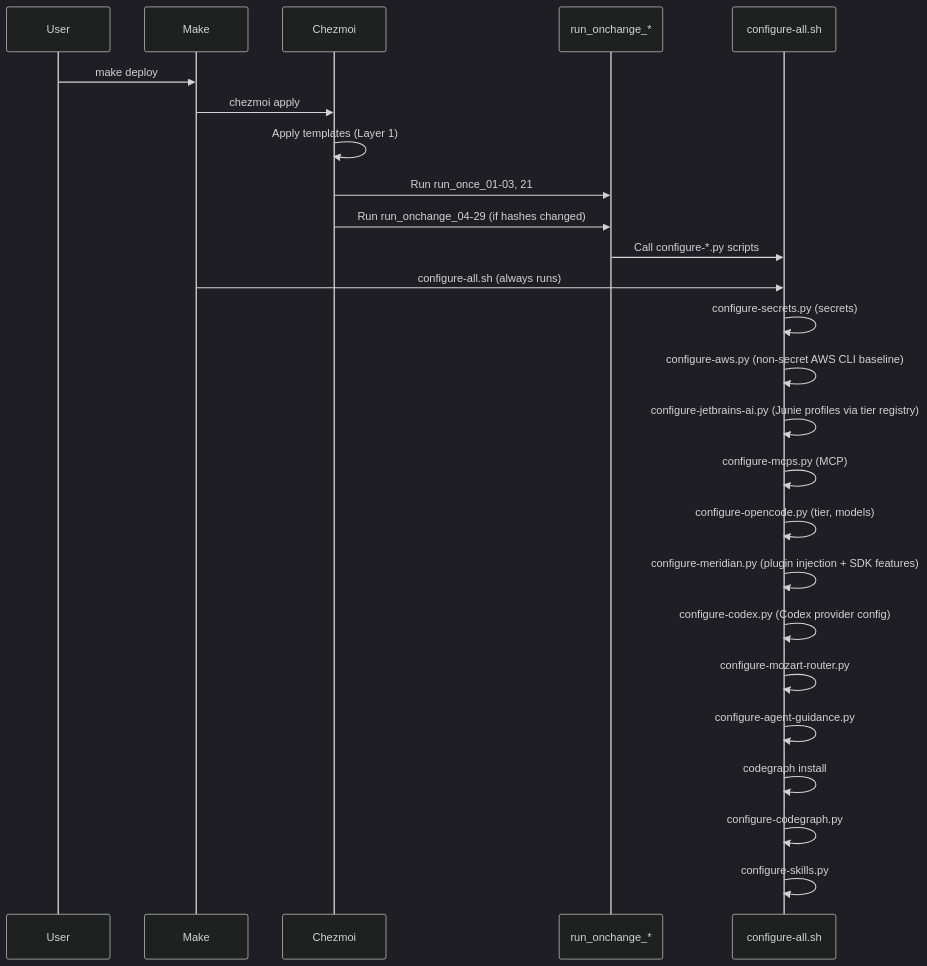
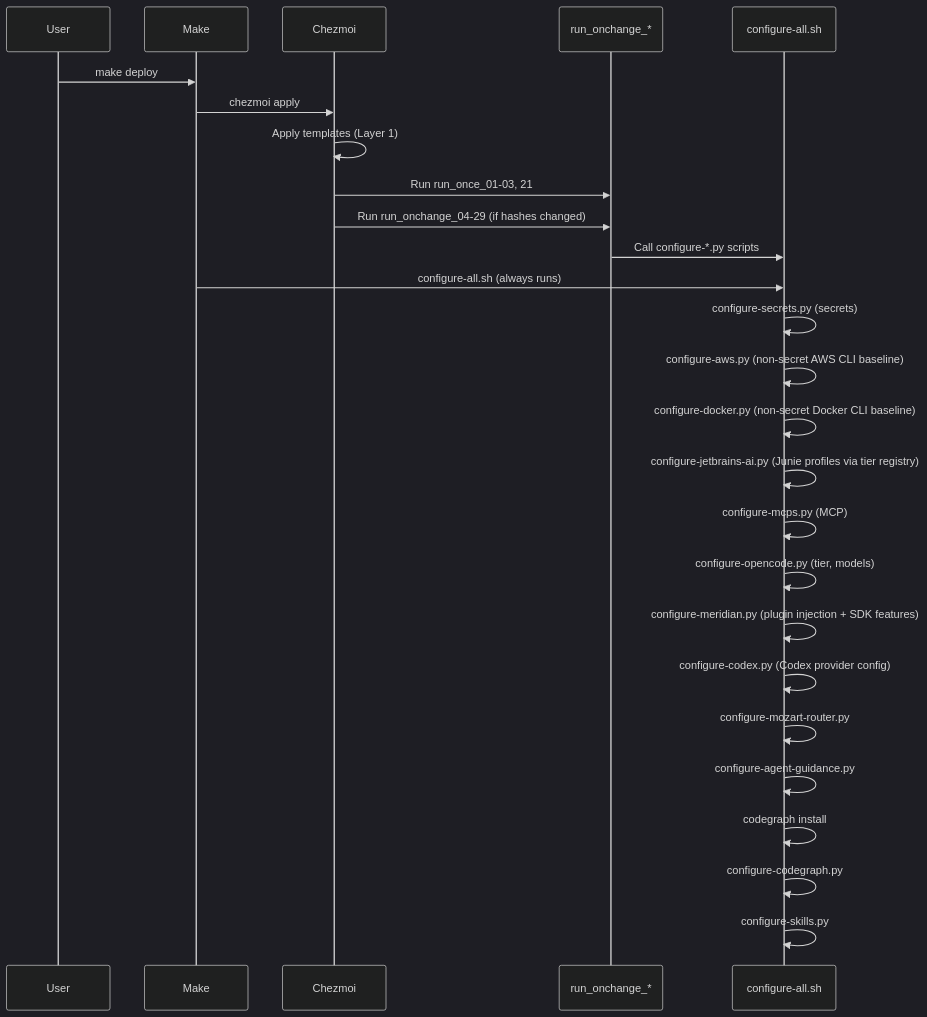
One commit to randytarampi/dotfiles changed the second of 3 diagrams in docs/ORCHESTRATION.md. Above: the diagram before and after it, drawn with Mermaid (dark theme). The commit also changed other lines of this file and 3 other files, not shown here.

````diff
--- a/docs/ORCHESTRATION.md
+++ b/docs/ORCHESTRATION.md
@@ -79,28 +79,29 @@
 ```mermaid
 sequenceDiagram
     participant User
     participant Make
     participant Chezmoi
     participant Scripts as run_onchange_*
     participant Configure as configure-all.sh
 
     User->>Make: make deploy
     Make->>Chezmoi: chezmoi apply
     Chezmoi->>Chezmoi: Apply templates (Layer 1)
     Chezmoi->>Scripts: Run run_once_01-03, 21
     Chezmoi->>Scripts: Run run_onchange_04-29 (if hashes changed)
     Scripts->>Configure: Call configure-*.py scripts
     Make->>Configure: configure-all.sh (always runs)
     Configure->>Configure: configure-secrets.py (secrets)
     Configure->>Configure: configure-aws.py (non-secret AWS CLI baseline)
+    Configure->>Configure: configure-docker.py (non-secret Docker CLI baseline)
     Configure->>Configure: configure-jetbrains-ai.py (Junie profiles via tier registry)
     Configure->>Configure: configure-mcps.py (MCP)
     Configure->>Configure: configure-opencode.py (tier, models)
     Configure->>Configure: configure-meridian.py (plugin injection + SDK features)
     Configure->>Configure: configure-codex.py (Codex provider config)
     Configure->>Configure: configure-mozart-router.py
     Configure->>Configure: configure-agent-guidance.py
     Configure->>Configure: codegraph install
     Configure->>Configure: configure-codegraph.py
     Configure->>Configure: configure-skills.py
 ```
````
